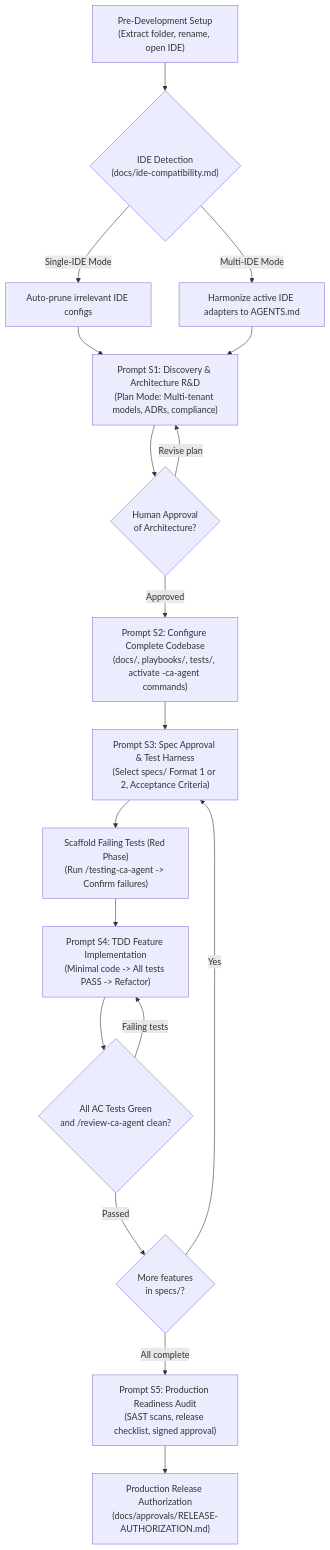
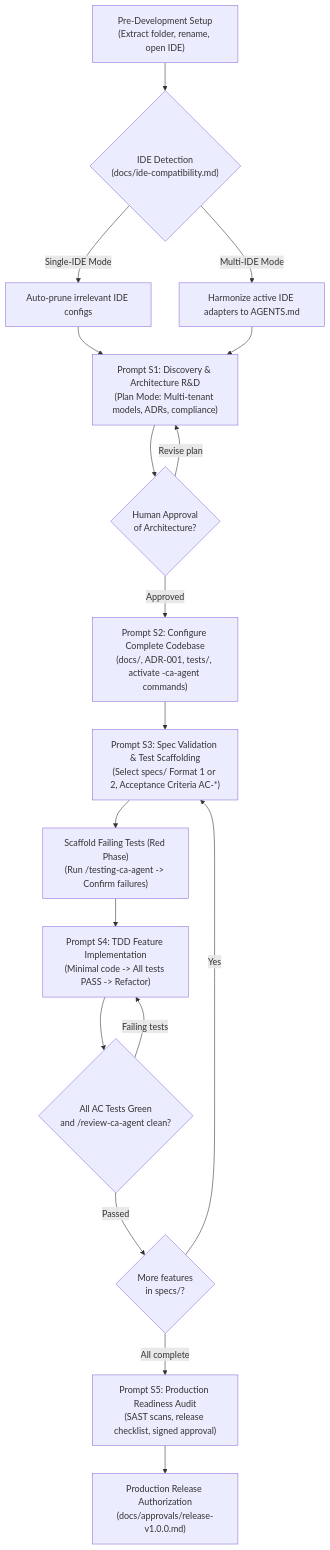
One commit to rmsofficialsyt/Agentic-AI-Vibe-Coding-AND-SDD-TDD-Codebase-Chandan-Adhikary changed the second of 2 diagrams in README.md. Above: the diagram before and after it, drawn with Mermaid. The commit also changed other lines of this file, not shown here.

Commit message:
docs: update root README.md with comprehensive 4+4 guide suite, universal workflows, and 15 custom commands

````diff
--- a/README.md
+++ b/README.md
@@ -75,25 +75,25 @@
 ```mermaid
 flowchart TD
     SetupS["Pre-Development Setup<br/>(Extract folder, rename, open IDE)"] --> IDEDetectS{"IDE Detection<br/>(docs/ide-compatibility.md)"}
     IDEDetectS -->|"Single-IDE Mode"| PruneS["Auto-prune irrelevant IDE configs"]
     IDEDetectS -->|"Multi-IDE Mode"| SyncS["Harmonize active IDE adapters to AGENTS.md"]
     
     PruneS --> PS1["Prompt S1: Discovery & Architecture R&D<br/>(Plan Mode: Multi-tenant models, ADRs, compliance)"]
     SyncS --> PS1
     
     PS1 --> HumanS1{"Human Approval<br/>of Architecture?"}
     HumanS1 -->|"Revise plan"| PS1
-    HumanS1 -->|"Approved"| PS2["Prompt S2: Configure Complete Codebase<br/>(docs/, playbooks/, tests/, activate -ca-agent commands)"]
+    HumanS1 -->|"Approved"| PS2["Prompt S2: Configure Complete Codebase<br/>(docs/, ADR-001, tests/, activate -ca-agent commands)"]
     
-    PS2 --> PS3["Prompt S3: Spec Approval & Test Harness<br/>(Select specs/ Format 1 or 2, Acceptance Criteria)"]
+    PS2 --> PS3["Prompt S3: Spec Validation & Test Scaffolding<br/>(Select specs/ Format 1 or 2, Acceptance Criteria AC-*)"]
     PS3 --> RedPhase["Scaffold Failing Tests (Red Phase)<br/>(Run /testing-ca-agent -> Confirm failures)"]
     
     RedPhase --> PS4["Prompt S4: TDD Feature Implementation<br/>(Minimal code -> All tests PASS -> Refactor)"]
     PS4 --> GateCheck{"All AC Tests Green<br/>and /review-ca-agent clean?"}
     GateCheck -->|"Failing tests"| PS4
     GateCheck -->|"Passed"| NextFeature{"More features<br/>in specs/?"}
     NextFeature -->|"Yes"| PS3
     NextFeature -->|"All complete"| PS5["Prompt S5: Production Readiness Audit<br/>(SAST scans, release checklist, signed approval)"]
     
-    PS5 --> Release["Production Release Authorization<br/>(docs/approvals/RELEASE-AUTHORIZATION.md)"]
+    PS5 --> Release["Production Release Authorization<br/>(docs/approvals/release-v1.0.0.md)"]
 ```
````
